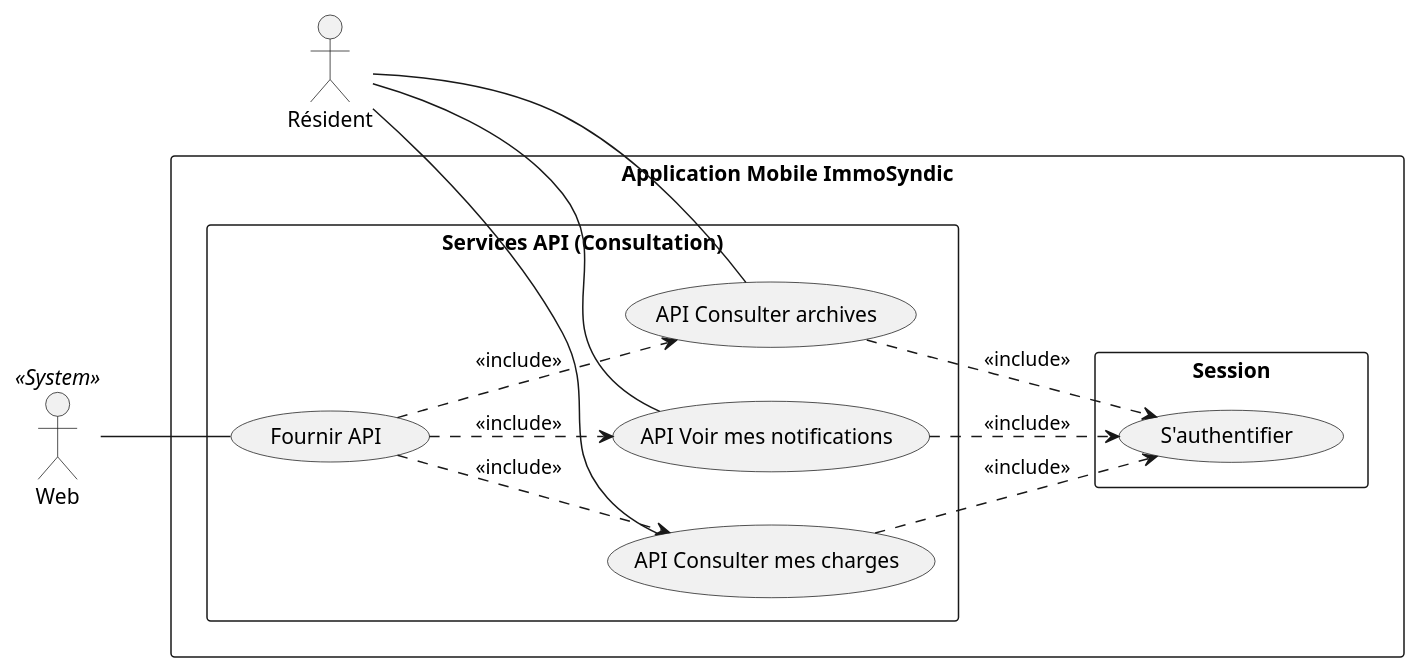
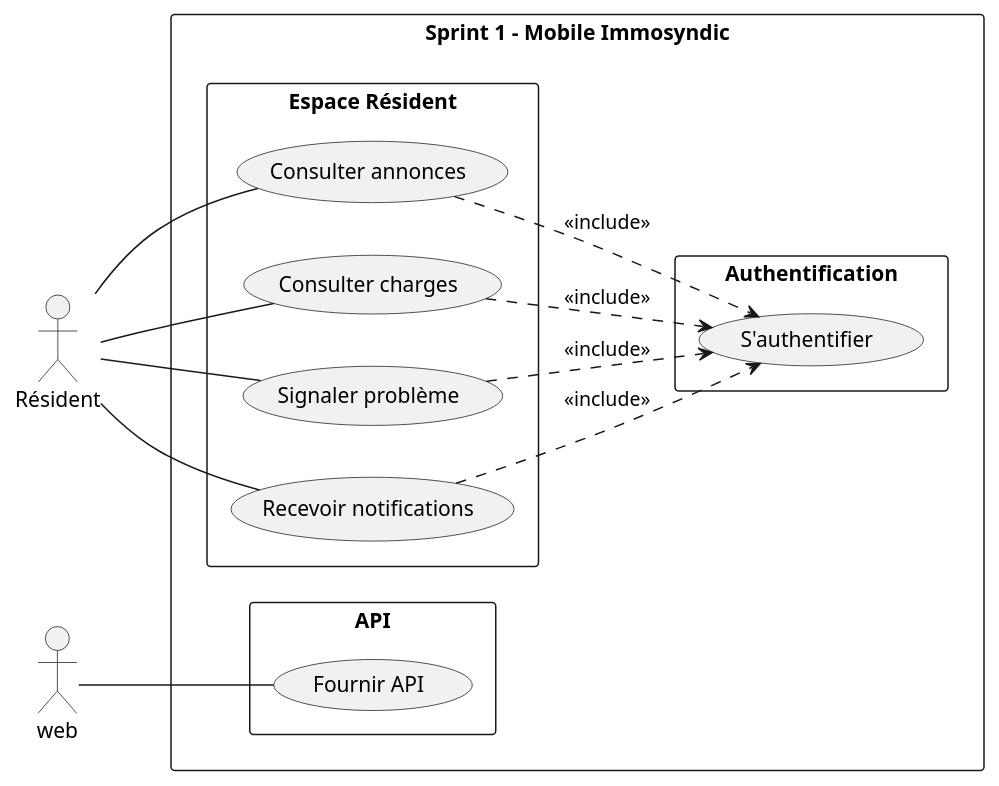
The diagram in analyse/ideation/cas_utilisation/use_case_sprint1_mobile.puml (fadna-lakhouchen/Projet-finale), drawn with PlantUML before and after one commit. The commit also changed 27 other files, not shown here.

```diff
--- a/analyse/ideation/cas_utilisation/use_case_sprint1_mobile.puml
+++ b/analyse/ideation/cas_utilisation/use_case_sprint1_mobile.puml
@@ -1,39 +1,42 @@
-@startuml ImmoSyndic_Global_Mobile
+@startuml ImmoSyndic_Mobile_Resident
 left to right direction
 skinparam packageStyle rectangle
 skinparam shadowing false
 
 actor "Résident" as Resident
-actor "Web" as Web <<System>>
+actor "web" as web
 
-rectangle "Application Mobile ImmoSyndic" {
+rectangle "Sprint 1 - Mobile Immosyndic" {
 
-  package "Session" {
+  package "Authentification" {
     usecase "S'authentifier" as Auth
   }
 
-  package "Services API (Consultation)" {
+  package "Espace Résident" {
+
+    usecase "Consulter charges" as ViewCharges
+    usecase "Signaler problème" as ReportIssue
+    usecase "Recevoir notifications" as GetNotifs
+    usecase "Consulter annonces" as ViewNews
+
+    ViewCharges ..> Auth : <<include>>
+    ReportIssue ..> Auth : <<include>>
+    GetNotifs ..> Auth : <<include>>
+    ViewNews ..> Auth : <<include>>
+  }
+
+  package "API" {
     usecase "Fournir API" as ProvideAPI
-    usecase "API Consulter mes charges" as APIMobileViewCharges
-    usecase "API Voir mes notifications" as APIMobileViewNotifs
-    usecase "API Consulter archives" as APIMobileViewArchives
-
-    ProvideAPI ..> APIMobileViewCharges : <<include>>
-    ProvideAPI ..> APIMobileViewNotifs : <<include>>
-    ProvideAPI ..> APIMobileViewArchives : <<include>>
-
-    APIMobileViewCharges ..> Auth : <<include>>
-    APIMobileViewNotifs ..> Auth : <<include>>
-    APIMobileViewArchives ..> Auth : <<include>>
   }
 }
 
-' Users Connections
-Resident -- APIMobileViewCharges
-Resident -- APIMobileViewNotifs
-Resident -- APIMobileViewArchives
+' Resident interacts with web system
+Resident -- ViewCharges
+Resident -- ReportIssue
+Resident -- GetNotifs
+Resident -- ViewNews
 
-' Backend Connections (Data Source)
-Web -- ProvideAPI
+' web consumes web API
+web -- ProvideAPI
 
 @enduml
```
